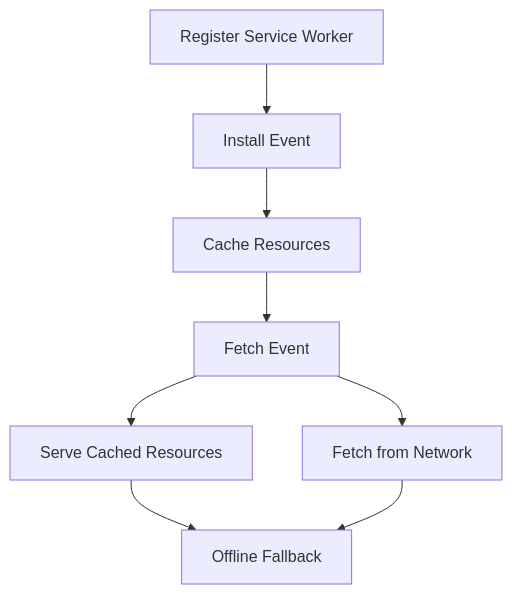
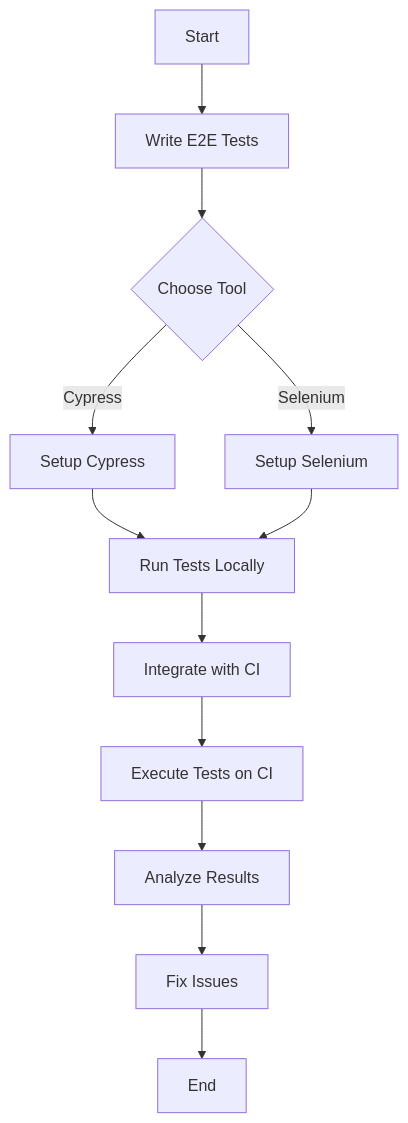
One commit to MasteryEducation/SoftwarePatternsLexicon.com changed the diagram in content/patterns-js/12/4/index.md. Above: the diagram before and after it, drawn with Mermaid. The commit also changed other lines of this file and 570 other files, not shown here.

````diff
--- a/content/patterns-js/12/4/index.md
+++ b/content/patterns-js/12/4/index.md
@@ -141,10 +154,14 @@
 ```mermaid
-graph TD;
-    A[Register Service Worker] --> B[Install Event];
-    B --> C[Cache Resources];
-    C --> D[Fetch Event];
-    D --> E[Serve Cached Resources];
-    D --> F[Fetch from Network];
-    E --> G[Offline Fallback];
-    F --> G;
+flowchart TD
+    A[Start] --> B[Write E2E Tests]
+    B --> C{Choose Tool}
+    C -->|Cypress| D[Setup Cypress]
+    C -->|Selenium| E[Setup Selenium]
+    D --> F[Run Tests Locally]
+    E --> F
+    F --> G[Integrate with CI]
+    G --> H[Execute Tests on CI]
+    H --> I[Analyze Results]
+    I --> J[Fix Issues]
+    J --> K[End]
 ```
````
